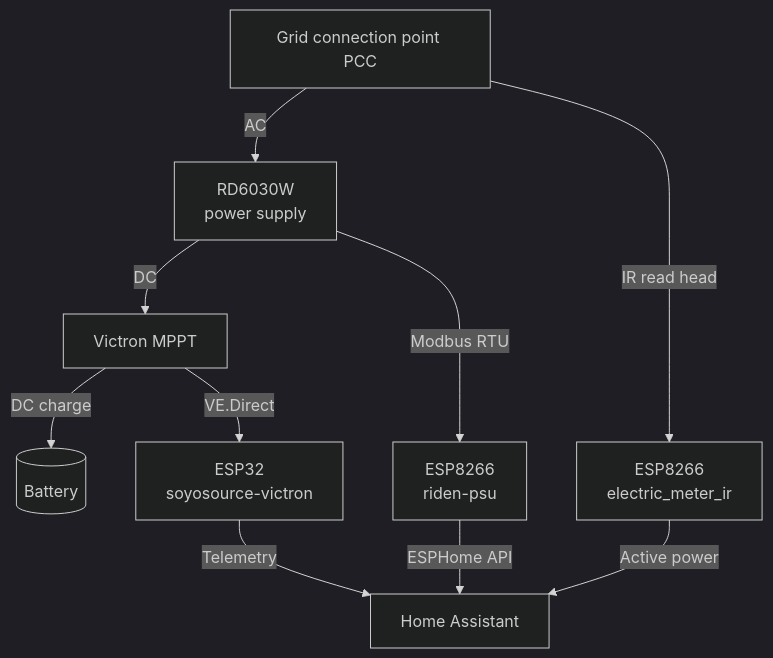
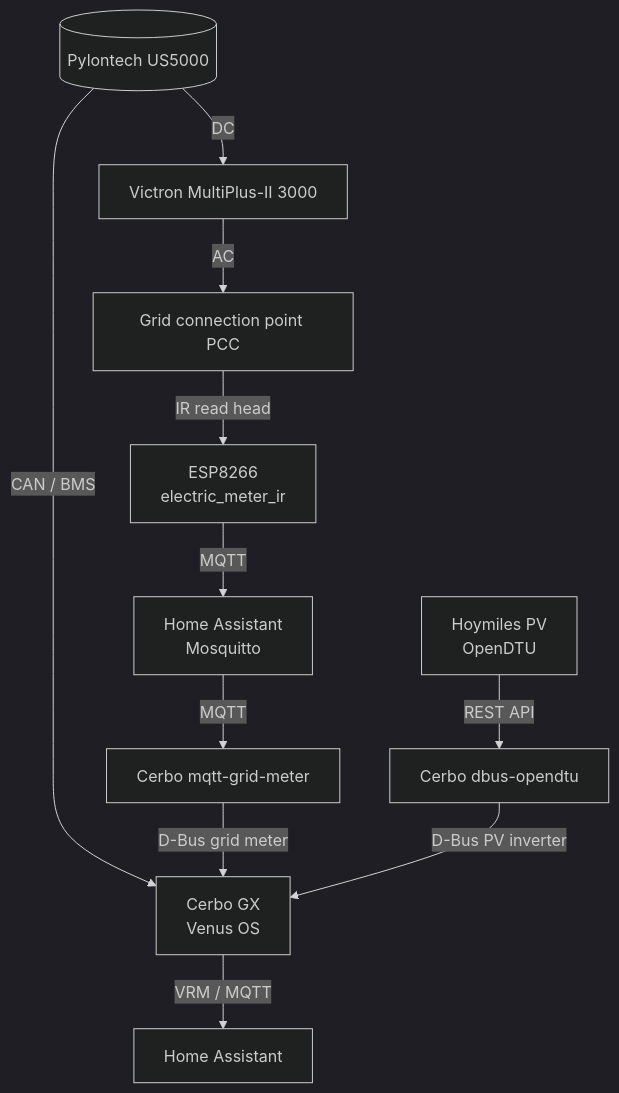
One commit to simonsilie/home-automation changed the diagram in README.md. Above: the diagram before and after it, drawn with Mermaid (dark theme). The commit also changed other lines of this file and 3 other files, not shown here.

````diff
--- a/README.md
+++ b/README.md
@@ -29,12 +17,13 @@
 ```mermaid
 flowchart TD
-    PCC[Grid connection point PCC] -->|AC| RD6030W[RD6030W\npower supply]
-    RD6030W -->|DC| MPPT[Victron MPPT]
-    MPPT -->|DC charge| Battery[(Battery)]
+    Battery[(Pylontech US5000)] -->|CAN / BMS| Cerbo[Cerbo GX\nVenus OS]
+    Battery -->|DC| MP2[Victron MultiPlus-II 3000]
+    MP2 -->|AC| PCC[Grid connection point PCC]
     PCC -->|IR read head| ESP8266[ESP8266\nelectric_meter_ir]
-    ESP8266 -->|Active power| HA[Home Assistant]
-    RD6030W -->|Modbus RTU| ESP8266_RIDEN[ESP8266\nriden-psu]
-    ESP8266_RIDEN -->|ESPHome API| HA
-    MPPT -->|VE.Direct| ESP32[ESP32\nsoyosource-victron]
-    ESP32 -->|Telemetry| HA
+    ESP8266 -->|MQTT| Mosquitto[Home Assistant\nMosquitto]
+    Mosquitto -->|MQTT| GridMeter[Cerbo mqtt-grid-meter]
+    GridMeter -->|D-Bus grid meter| Cerbo
+    Hoymiles[Hoymiles PV\nOpenDTU] -->|REST API| OpenDTU[Cerbo dbus-opendtu]
+    OpenDTU -->|D-Bus PV inverter| Cerbo
+    Cerbo -->|VRM / MQTT| HA[Home Assistant]
 ```
````
